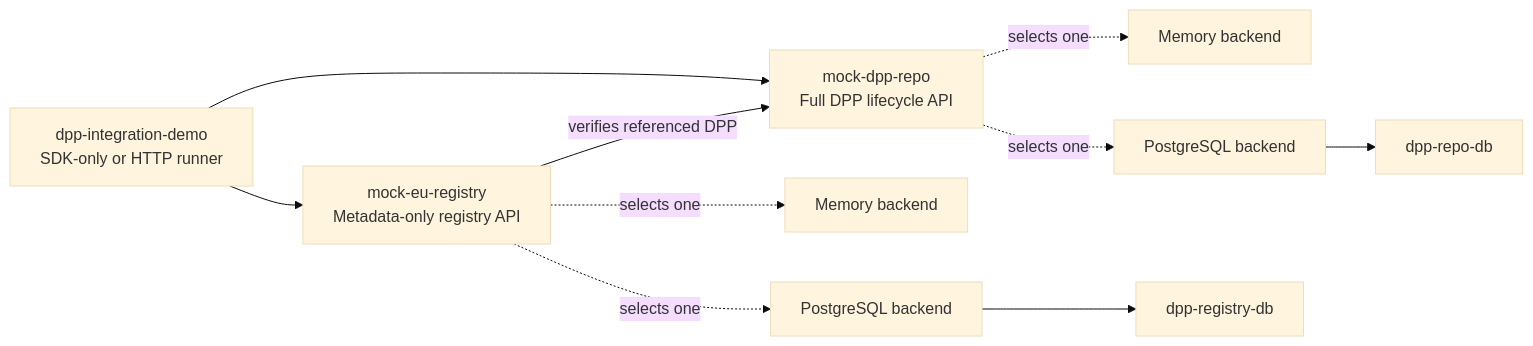
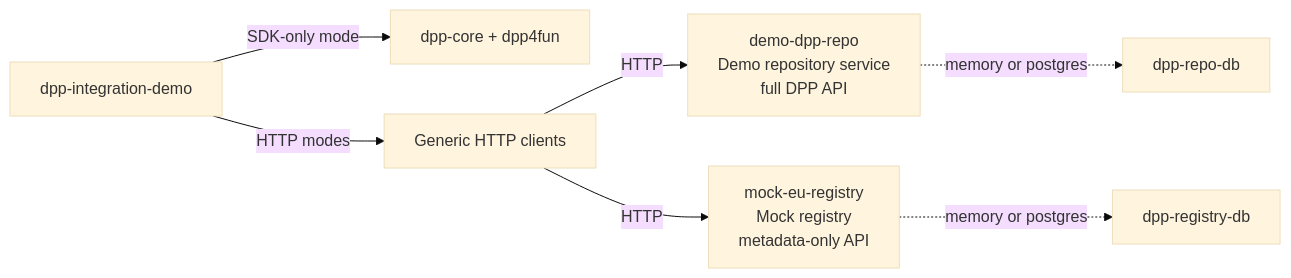
One commit to CIR4FUN-EU/java-dpp-sdk changed the diagram in dpp-sdk-demo/README.md. Above: the diagram before and after it, drawn with Mermaid (base theme). The commit also changed other lines of this file and 502 other files, not shown here.

````diff
--- a/dpp-sdk-demo/README.md
+++ b/dpp-sdk-demo/README.md
@@ -17,12 +15,9 @@
 ```mermaid
 flowchart LR
-    I["dpp-integration-demo<br/>SDK-only or HTTP runner"] --> R["mock-dpp-repo<br/>Full DPP lifecycle API"]
-    I --> G["mock-eu-registry<br/>Metadata-only registry API"]
-    G -->|verifies referenced DPP| R
-    R -. "selects one" .-> RM["Memory backend"]
-    R -. "selects one" .-> RP["PostgreSQL backend"]
-    G -. "selects one" .-> GM["Memory backend"]
-    G -. "selects one" .-> GP["PostgreSQL backend"]
-    RP --> RDB["dpp-repo-db"]
-    GP --> GDB["dpp-registry-db"]
+    I["dpp-integration-demo"] -->|"SDK-only mode"| SDK["dpp-core + dpp4fun"]
+    I -->|"HTTP modes"| C["Generic HTTP clients"]
+    C -->|"HTTP"| R["demo-dpp-repo<br/>Demo repository service<br/>full DPP API"]
+    C -->|"HTTP"| G["mock-eu-registry<br/>Mock registry<br/>metadata-only API"]
+    R -. "memory or postgres" .-> RDB["dpp-repo-db"]
+    G -. "memory or postgres" .-> GDB["dpp-registry-db"]
 ```
````
